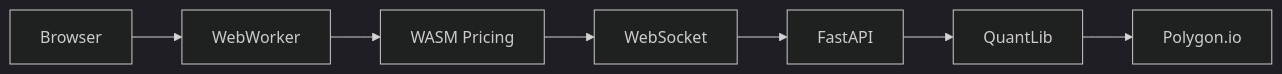
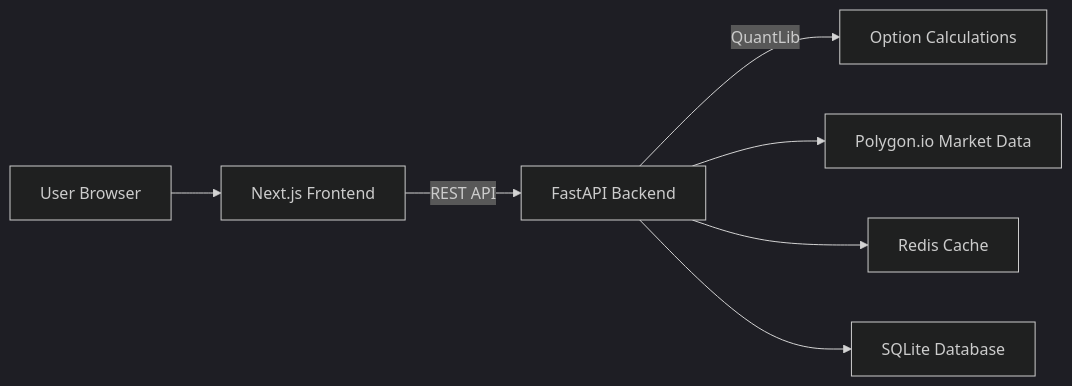
One commit to voxmenthe/optionstrat changed the diagram in project_plan.md. Above: the diagram before and after it, drawn with Mermaid (dark theme). The commit also changed other lines of this file and 18 other files, not shown here.

````diff
--- a/project_plan.md
+++ b/project_plan.md
@@ -605,9 +34,9 @@
-   ```mermaid
-   graph LR
-   A[Browser] --> B[WebWorker]
-   B --> C[WASM Pricing]
-   C --> D[WebSocket]
-   D --> E[FastAPI]
-   E --> F[QuantLib]
-   F --> G[Polygon.io]
-   ```
+```mermaid
+flowchart LR
+    A[User Browser] --> B[Next.js Frontend]
+    B -->|REST API| C[FastAPI Backend]
+    C -->|QuantLib| D[Option Calculations]
+    C --> E[Polygon.io Market Data]
+    C --> F[Redis Cache]
+    C --> G[SQLite Database]
+```
````
